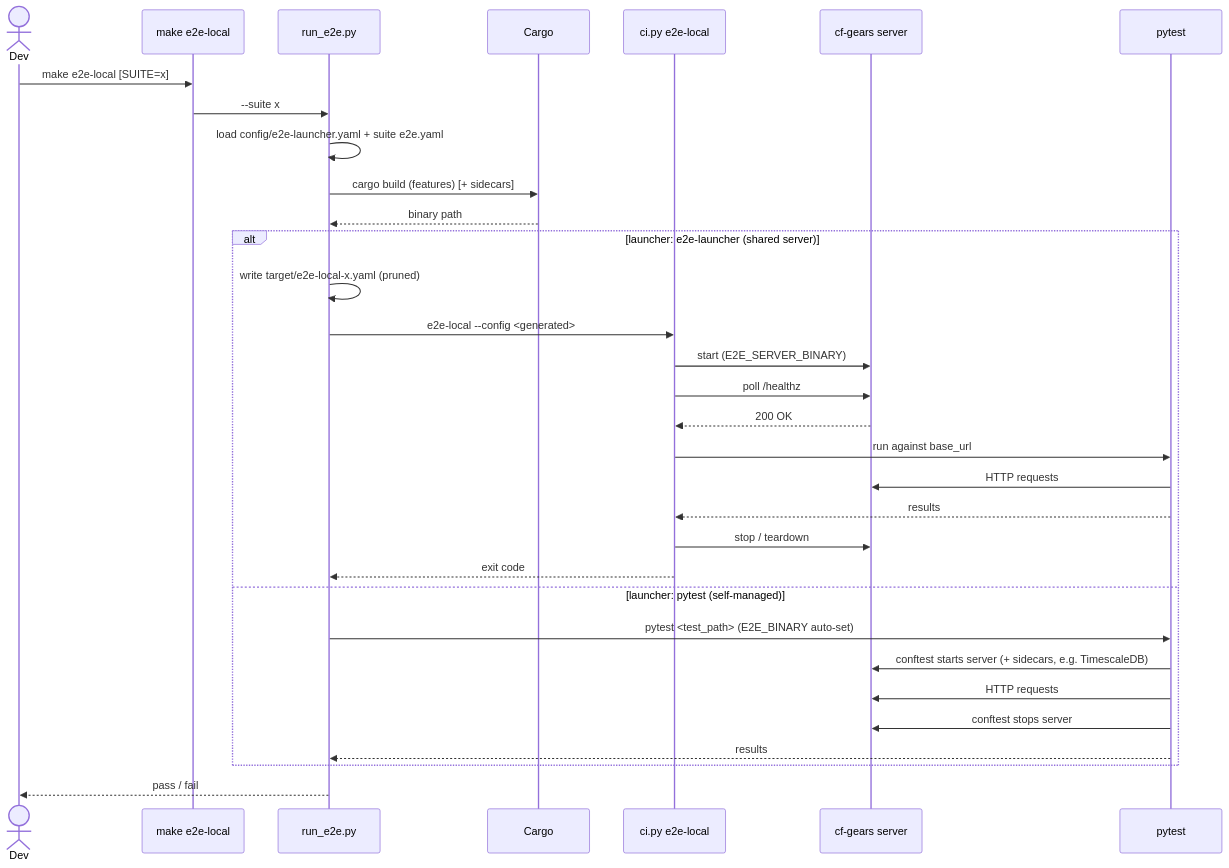
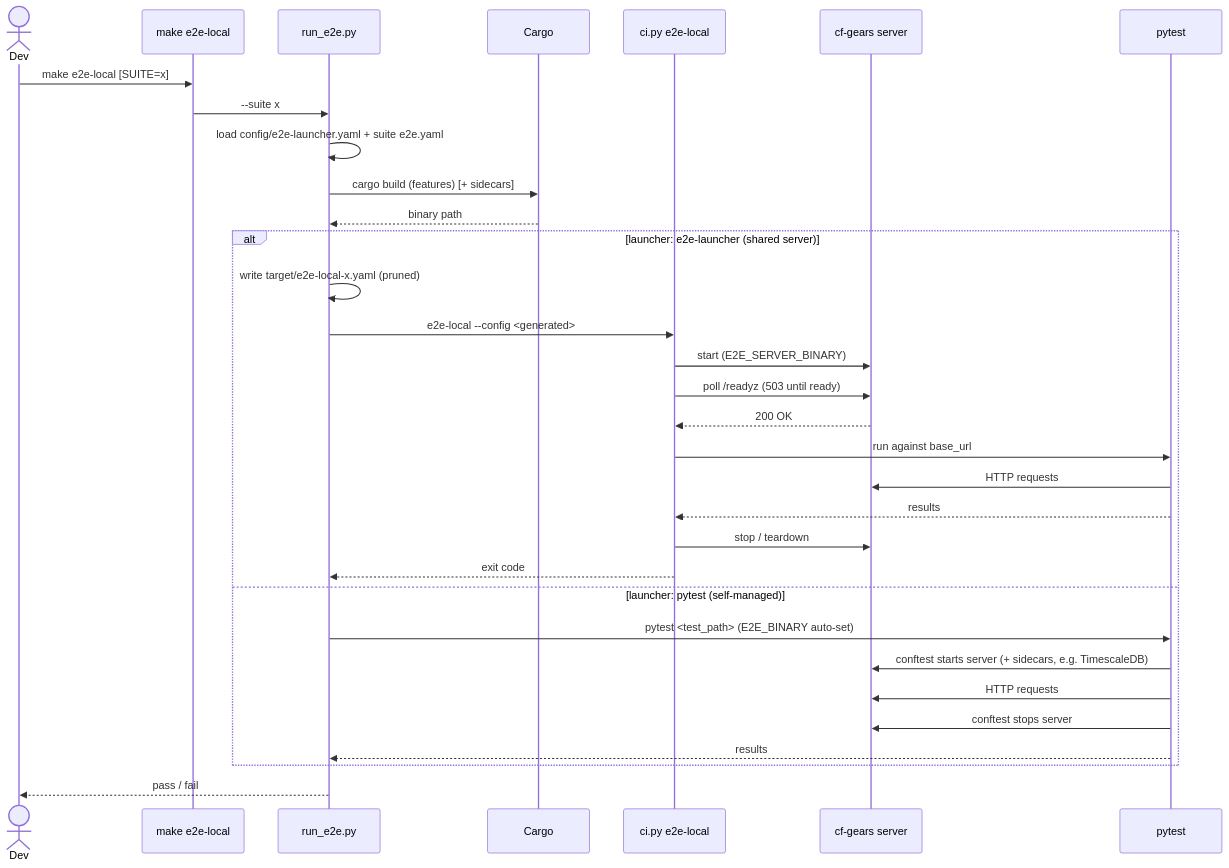
One commit to constructorfabric/gears-rust changed the diagram in testing/e2e/README.md. Above: the diagram before and after it, drawn with Mermaid. The commit also changed other lines of this file and 10 other files, not shown here.

````diff
--- a/testing/e2e/README.md
+++ b/testing/e2e/README.md
@@ -122,37 +128,37 @@
 ```mermaid
 sequenceDiagram
     actor Dev
     participant Make as make e2e-local
     participant Focus as run_e2e.py
     participant Cargo
     participant CI as ci.py e2e-local
     participant Server as cf-gears server
     participant Pytest as pytest
 
     Dev->>Make: make e2e-local [SUITE=x]
     Make->>Focus: --suite x
     Focus->>Focus: load config/e2e-launcher.yaml + suite e2e.yaml
     Focus->>Cargo: cargo build (features) [+ sidecars]
     Cargo-->>Focus: binary path
 
     alt launcher: e2e-launcher (shared server)
         Focus->>Focus: write target/e2e-local-x.yaml (pruned)
         Focus->>CI: e2e-local --config <generated>
         CI->>Server: start (E2E_SERVER_BINARY)
-        CI->>Server: poll /healthz
+        CI->>Server: poll /readyz (503 until ready)
         Server-->>CI: 200 OK
         CI->>Pytest: run against base_url
         Pytest->>Server: HTTP requests
         Pytest-->>CI: results
         CI->>Server: stop / teardown
         CI-->>Focus: exit code
     else launcher: pytest (self-managed)
         Focus->>Pytest: pytest <test_path> (E2E_BINARY auto-set)
         Pytest->>Server: conftest starts server (+ sidecars, e.g. TimescaleDB)
         Pytest->>Server: HTTP requests
         Pytest->>Server: conftest stops server
         Pytest-->>Focus: results
     end
 
     Focus-->>Dev: pass / fail
 ```
````
